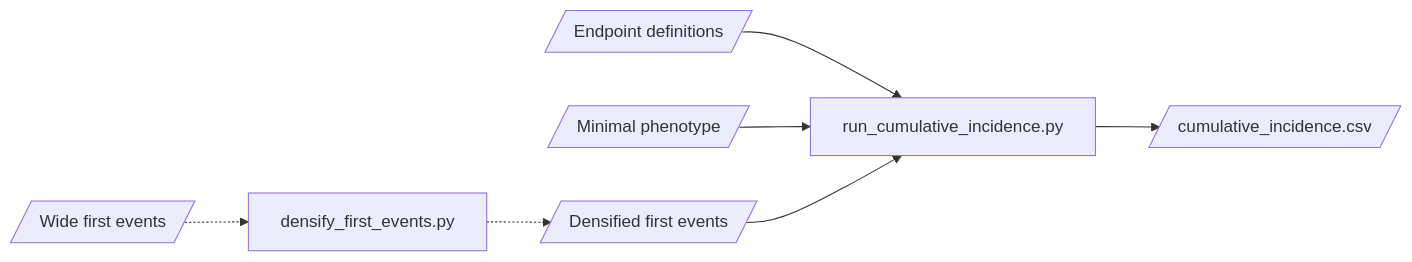
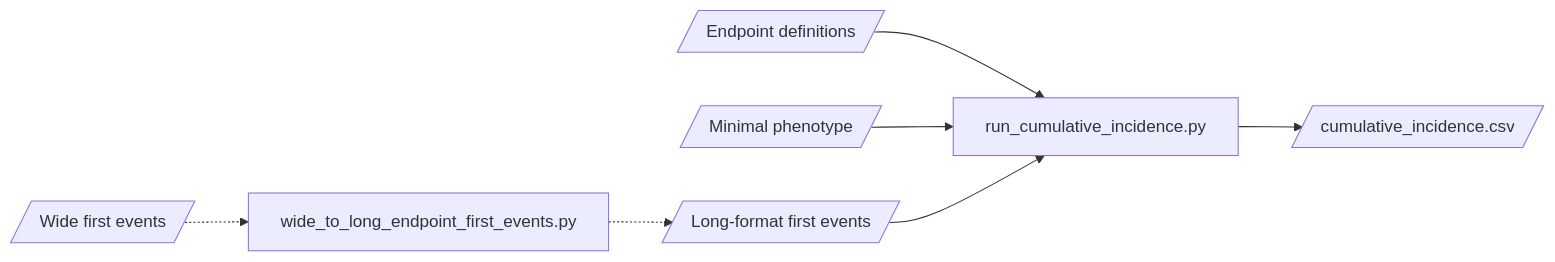
The third of 6 diagrams in pipeline/README.md (dsgelab/risteys), drawn with Mermaid before and after one commit. The commit also changed other lines of this file and 6 other files, not shown here.

Commit message:
pipe: rename densify script to wide_to_long_...

````diff
--- a/pipeline/README.md
+++ b/pipeline/README.md
@@ -120,9 +120,9 @@
 ```mermaid
-  graph LR; 
-    id0[/Wide first events/] -.-> densify_first_events.py
-    densify_first_events.py -.-> id3
+  graph LR;
+    id0[/Wide first events/] -.-> wide_to_long_endpoint_first_events.py
+    wide_to_long_endpoint_first_events.py -.-> id3
     id1[/Endpoint definitions/] --> run_cumulative_incidence.py
     id2[/Minimal phenotype/] --> run_cumulative_incidence.py
-    id3[/Densified first events/] --> run_cumulative_incidence.py
+    id3[/Long-format first events/] --> run_cumulative_incidence.py
     run_cumulative_incidence.py --> id4[/cumulative_incidence.csv/]
 ```
````
